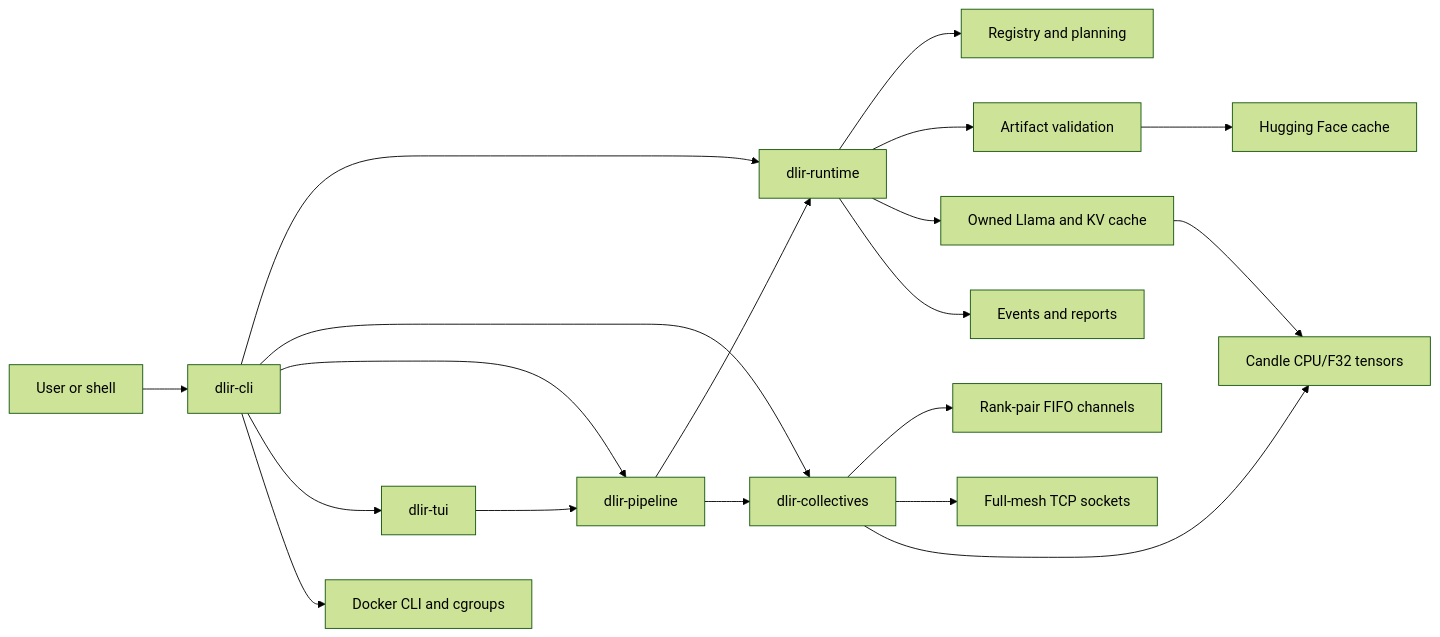
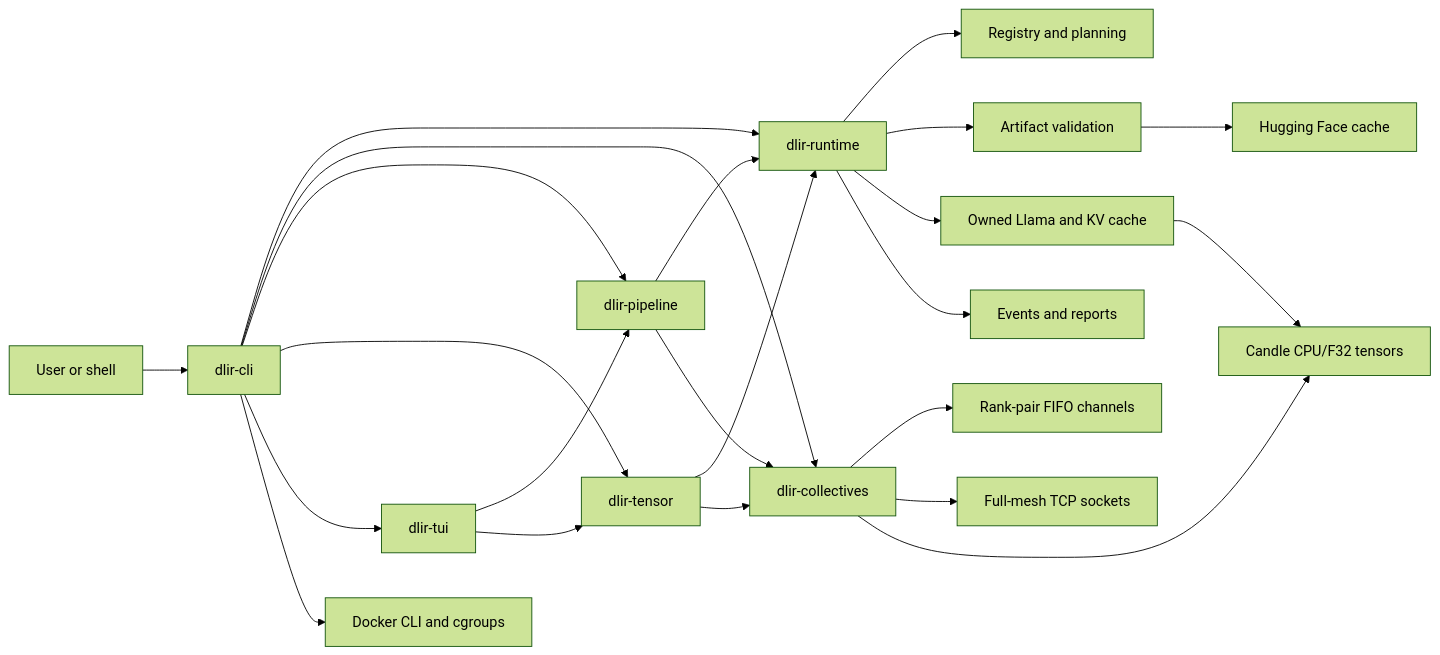
The first of 7 diagrams in docs/architecture.md (Ayobami-00/distributed-llm-inference-rs), drawn with Mermaid (forest theme) before and after one commit. The commit also changed other lines of this file and 45 other files, not shown here.

````diff
--- a/docs/architecture.md
+++ b/docs/architecture.md
@@ -36,21 +37,25 @@
 ```mermaid
 flowchart LR
     User[User or shell] --> CLI[dlir-cli]
     CLI --> Runtime[dlir-runtime]
     CLI --> Collectives[dlir-collectives]
     CLI --> Pipeline[dlir-pipeline]
+    CLI --> Tensor[dlir-tensor]
     CLI --> TUI[dlir-tui]
     CLI --> Docker[Docker CLI and cgroups]
     Collectives --> Channels[Rank-pair FIFO channels]
     Collectives --> TCP[Full-mesh TCP sockets]
     Collectives --> Candle[Candle CPU/F32 tensors]
     Runtime --> Registry[Registry and planning]
     Runtime --> Artifacts[Artifact validation]
     Runtime --> Model[Owned Llama and KV cache]
     Runtime --> Reports[Events and reports]
     Pipeline --> Runtime
     Pipeline --> Collectives
+    Tensor --> Runtime
+    Tensor --> Collectives
     TUI --> Pipeline
+    TUI --> Tensor
     Artifacts --> Hub[Hugging Face cache]
     Model --> Candle
 ```
````
